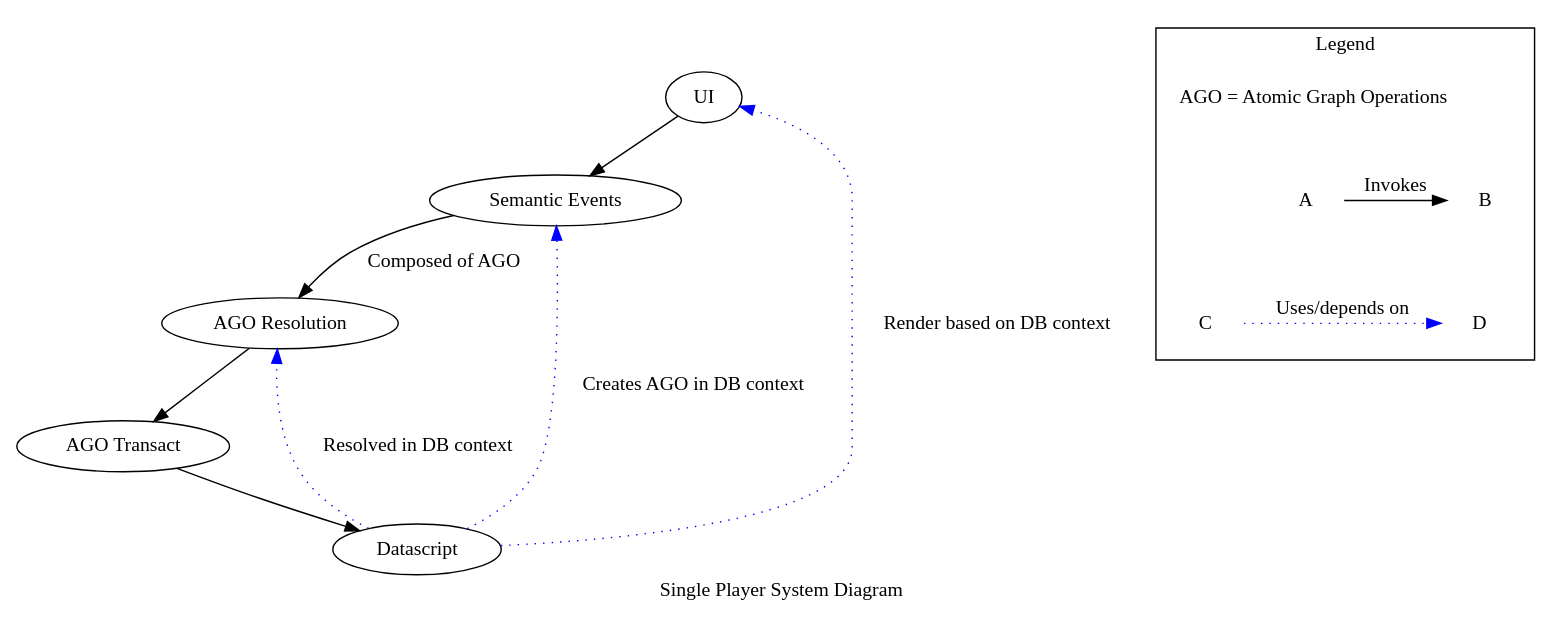
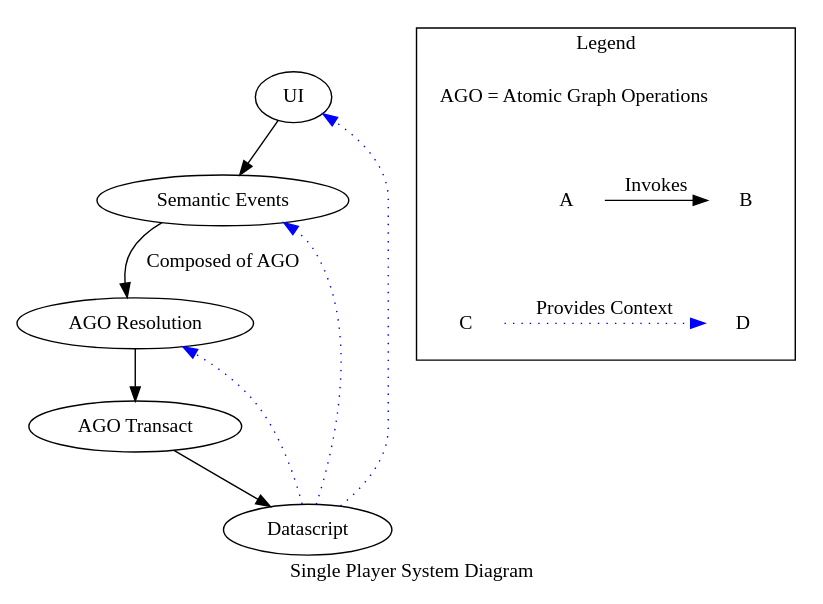
One commit to athensresearch/athens changed the diagram in doc/adr/0017-system-design-single-player.dot. Above: the diagram before and after it, drawn with Graphviz. The commit also changed 3 other files, not shown here.

First line of the commit message:
docs: updated "context providing" blue dotted arrows legend.

```diff
--- a/doc/adr/0017-system-design-single-player.dot
+++ b/doc/adr/0017-system-design-single-player.dot
@@ -1,37 +1,37 @@
 digraph system_diagram {
     label="Single Player System Diagram";
 
     UI;
     "Semantic Events";
     Resolution [label="AGO Resolution"];
     Transact [label="AGO Transact"];
 
     Datascript;
 
     UI -> "Semantic Events";
     "Semantic Events" -> Resolution [label="Composed of AGO"];
     Resolution -> Transact;
     Transact -> Datascript;
 
-    Datascript -> UI [style=dotted; label="Render based on DB context"; color=blue];
-    Datascript -> Resolution [style=dotted; label="Resolved in DB context"; color=blue];
-    Datascript -> "Semantic Events" [style=dotted; label="Creates AGO in DB context"; color=blue];
+    Datascript -> UI [style=dotted; color=blue];
+    Datascript -> Resolution [style=dotted; color=blue];
+    Datascript -> "Semantic Events" [style=dotted; color=blue];
 
     subgraph cluster_legend {
         rank=sink;
         label="Legend";
 
         AGO [label=<AGO = Atomic Graph Operations>; shape=plaintext]
         A [shape=plaintext];
         B [shape=plaintext];
         C [shape=plaintext];
         D [shape=plaintext];
 
         { rank=same AGO }
         { rank=same A B }
         { rank=same C D }
-        A->B [label="Invokes"];
-        C->D [style=dotted; color=blue; label="Uses/depends on"]
+        A->B [label="Invokes";];
+        C->D [style=dotted; color=blue; label="Provides Context";];
         AGO -> A -> D [style=invis]
     }
 }
```
